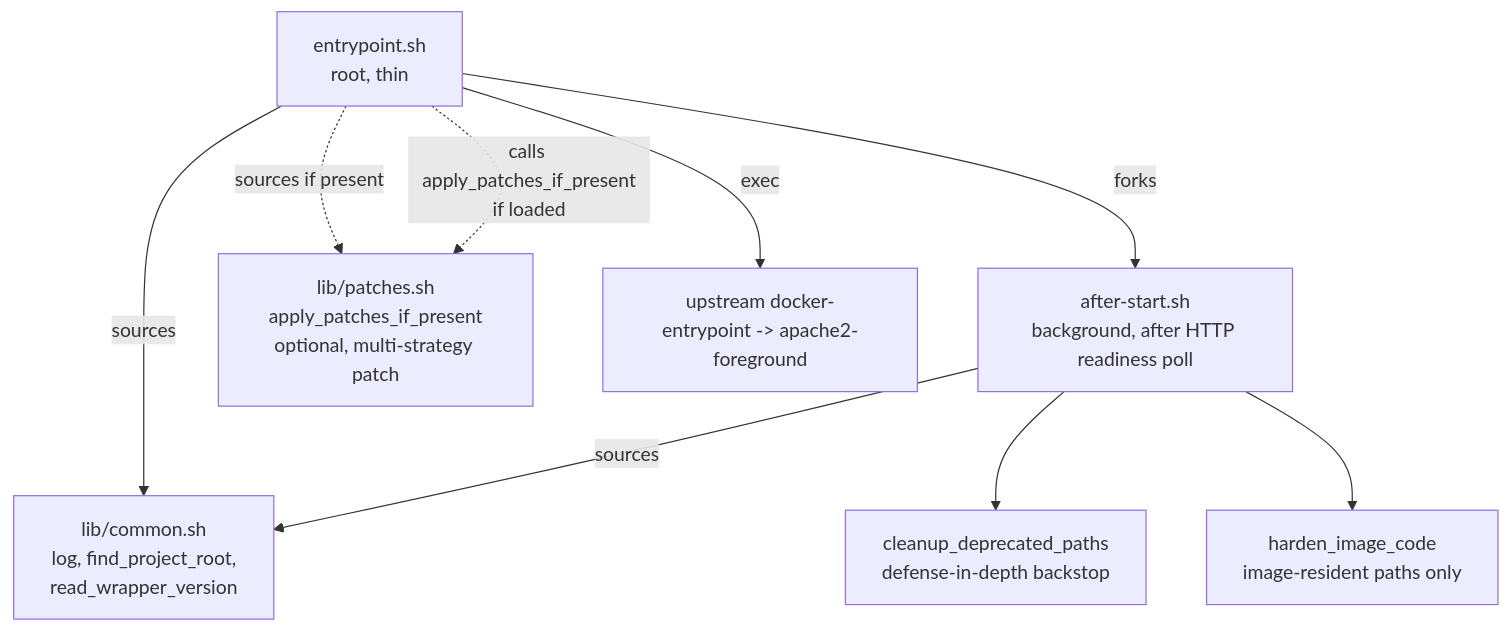
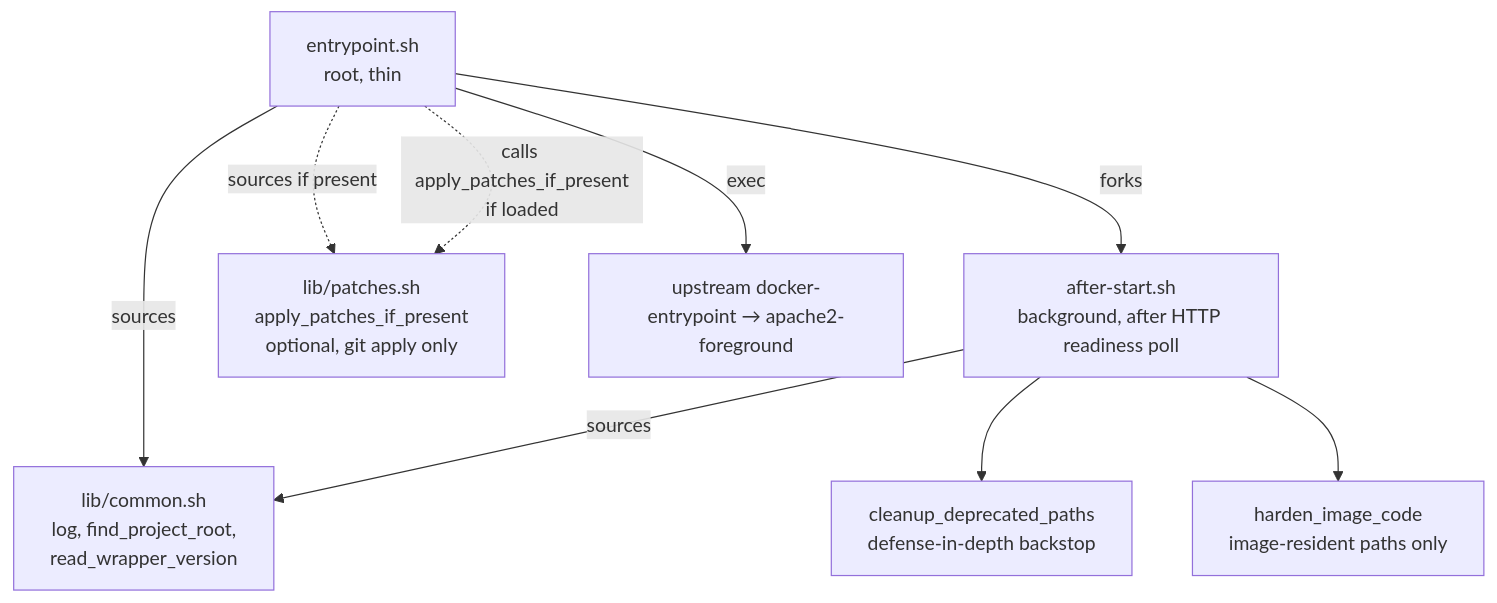
One commit to scbd/drupal-docker-wrapper changed the fourth of 9 diagrams in docs/architecture.md. Above: the diagram before and after it, drawn with Mermaid. The commit also changed 7 other files, not shown here.

````diff
--- a/docs/architecture.md
+++ b/docs/architecture.md
@@ -145,16 +145,16 @@
 ```mermaid
 flowchart TB
   ep[entrypoint.sh<br/>root, thin]
   asf[after-start.sh<br/>background, after HTTP readiness poll]
   common[lib/common.sh<br/>log, find_project_root,<br/>read_wrapper_version]
-  patches[lib/patches.sh<br/>apply_patches_if_present<br/>optional, multi-strategy patch]
+  patches[lib/patches.sh<br/>apply_patches_if_present<br/>optional, git apply only]
 
   ep -->|sources| common
   ep -.->|sources if present| patches
   ep -.->|calls apply_patches_if_present<br/>if loaded| patches
   ep -->|forks| asf
-  ep -->|exec| upstream[upstream docker-entrypoint -> apache2-foreground]
+  ep -->|exec| upstream[upstream docker-entrypoint → apache2-foreground]
   asf -->|sources| common
   asf --> cleanup[cleanup_deprecated_paths<br/>defense-in-depth backstop]
   asf --> harden[harden_image_code<br/>image-resident paths only]
 ```
````
